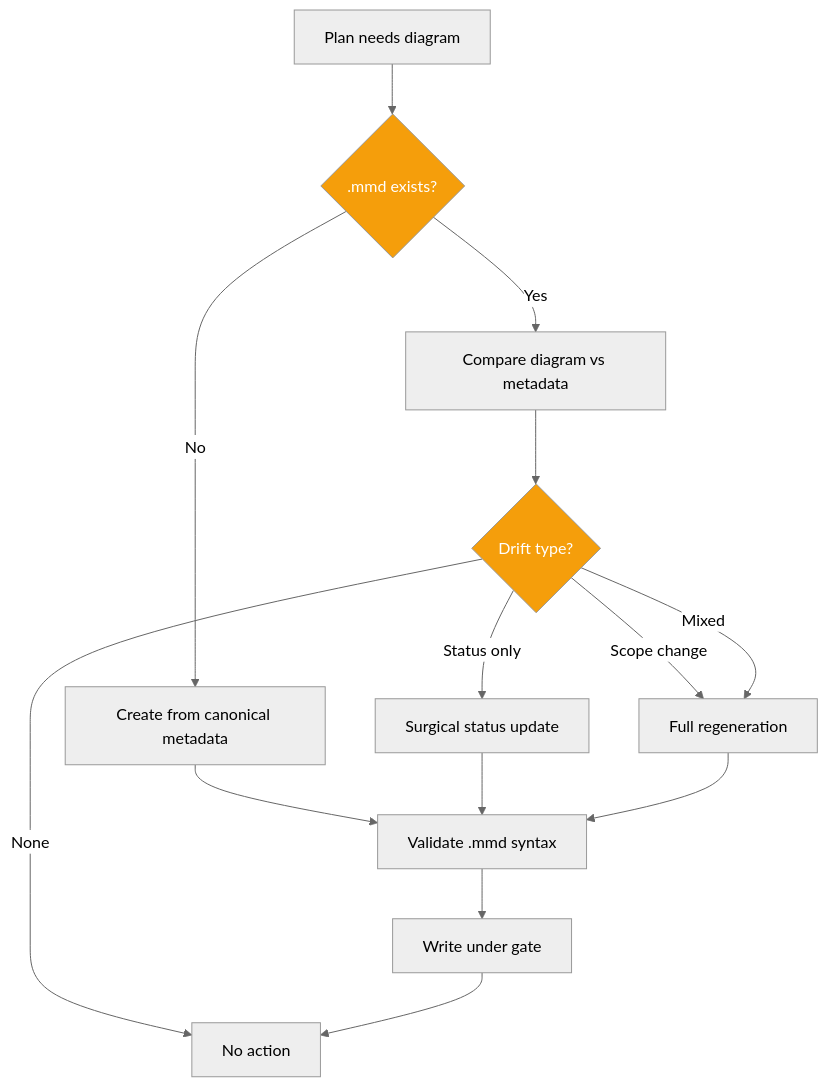
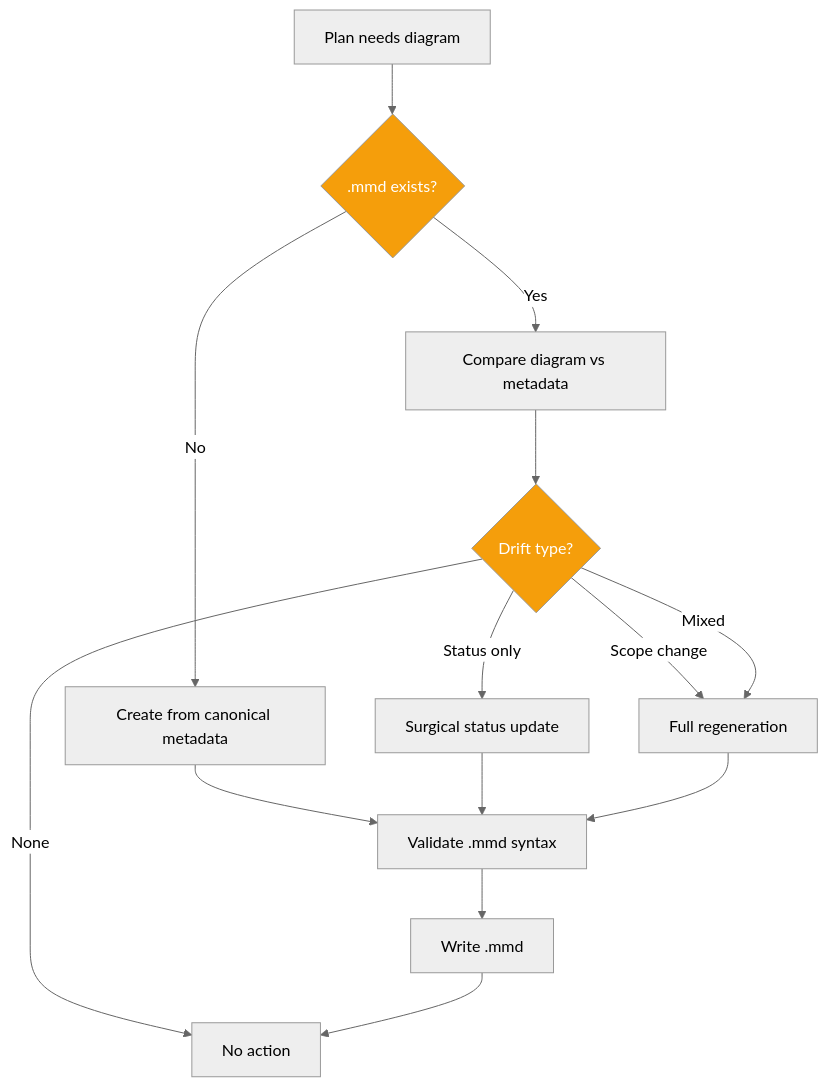
The first of 4 diagrams in opencode/spoc/skills/to-diagram/SKILL.md (rryando/SPOC), drawn with Mermaid (neutral theme) before and after one commit. The commit also changed other lines of this file and 3 other files, not shown here.

Commit message:
fix(skills): keywords comma format, remove write-gate from to-diagram

````diff
--- a/opencode/spoc/skills/to-diagram/SKILL.md
+++ b/opencode/spoc/skills/to-diagram/SKILL.md
@@ -16,20 +16,20 @@
 ```mermaid
 flowchart TD
     classDef decision fill:#f59e0b,color:#fff
 
     Start[Plan needs diagram] --> HasDiagram{.mmd exists?}
     HasDiagram -->|No| Create[Create from canonical metadata]
     HasDiagram -->|Yes| Detect[Compare diagram vs metadata]
     Detect --> DriftType{Drift type?}
     DriftType -->|None| Done[No action]
     DriftType -->|Status only| StatusUpdate[Surgical status update]
     DriftType -->|Scope change| Regen[Full regeneration]
     DriftType -->|Mixed| Regen
     Create --> Validate[Validate .mmd syntax]
     StatusUpdate --> Validate
     Regen --> Validate
-    Validate --> WriteGate[Write under gate]
-    WriteGate --> Done
+    Validate --> Write[Write .mmd]
+    Write --> Done
 
     class HasDiagram,DriftType decision
 ```
````
